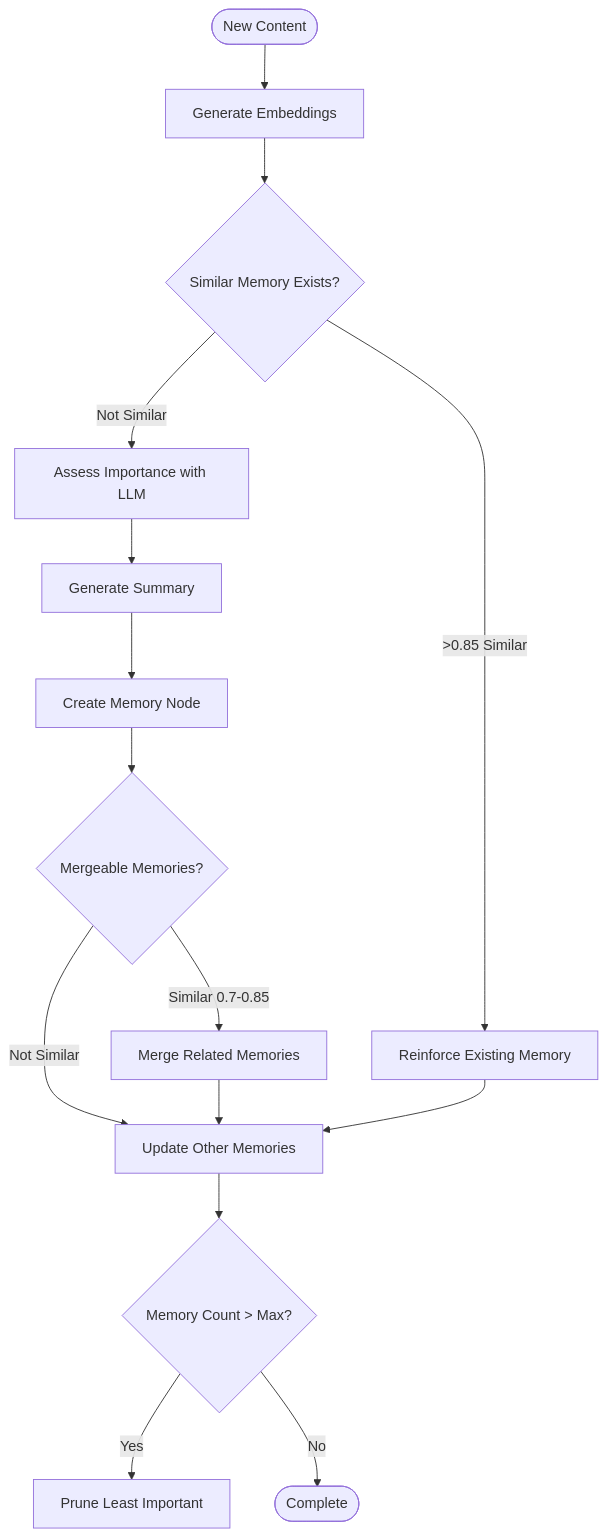
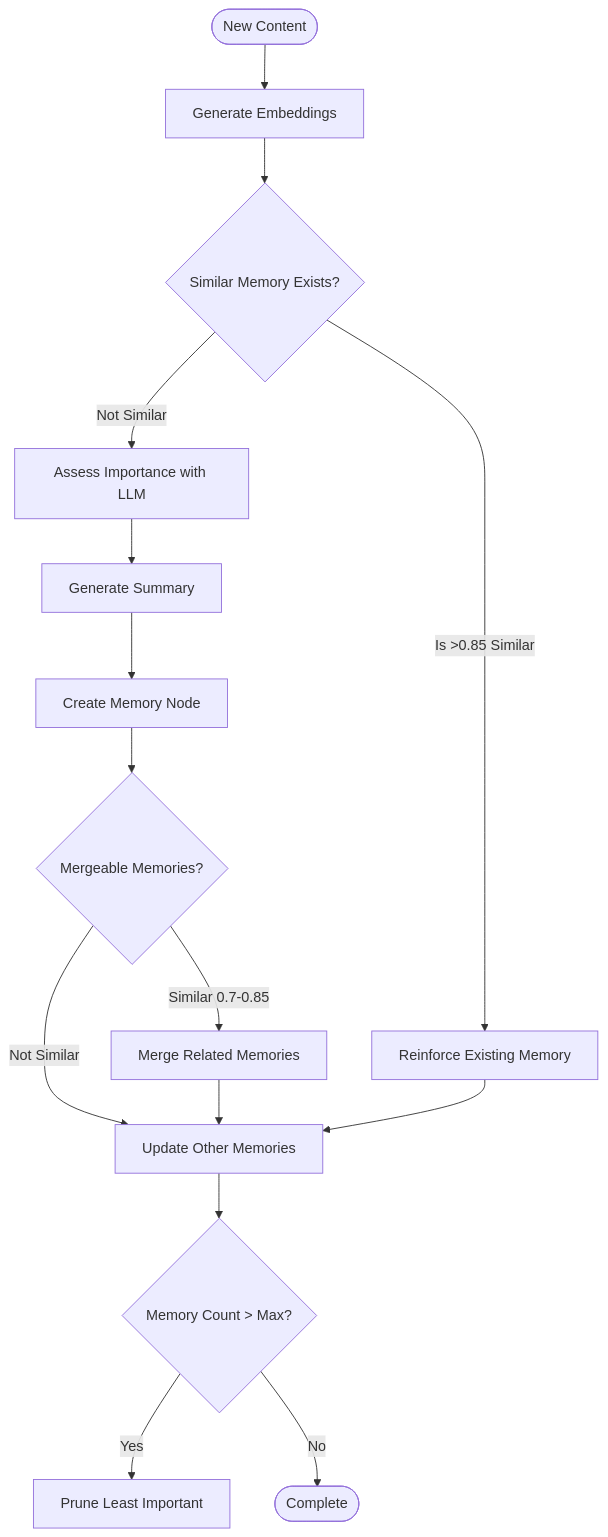
Before and after one commit to mongodb-partners/ai-memory: the second of 4 diagrams in README.md, drawn with Mermaid.

````diff
--- a/README.md
+++ b/README.md
@@ -105,22 +105,22 @@
 ```mermaid
 flowchart TD
     Start([New Content]) --> Embed[Generate Embeddings]
     Embed --> CheckSim{Similar Memory Exists?}
     
-    CheckSim -->|>0.85 Similar| Reinforce[Reinforce Existing Memory]
+    CheckSim -->|Is >0.85 Similar| Reinforce[Reinforce Existing Memory]
     CheckSim -->|Not Similar| Assess[Assess Importance with LLM]
     
     Assess --> CreateSumm[Generate Summary]
     CreateSumm --> CreateNode[Create Memory Node]
     CreateNode --> CheckMerge{Mergeable Memories?}
     
     CheckMerge -->|Similar 0.7-0.85| Merge[Merge Related Memories]
     CheckMerge -->|Not Similar| UpdateImportance[Update Other Memories]
     
     Merge --> UpdateImportance
     Reinforce --> UpdateImportance
     
     UpdateImportance --> CheckPrune{Memory Count > Max?}
     CheckPrune -->|Yes| Prune[Prune Least Important]
     CheckPrune -->|No| Complete([Complete])
 ```
````
